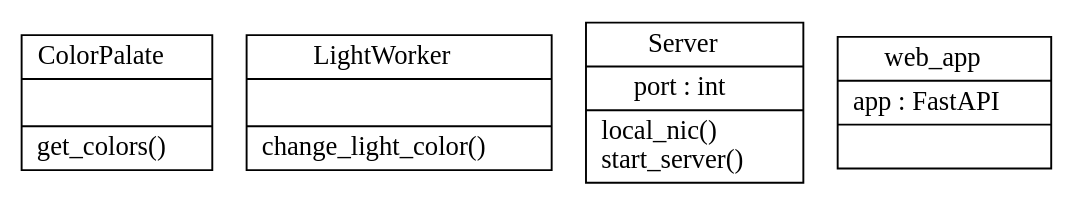
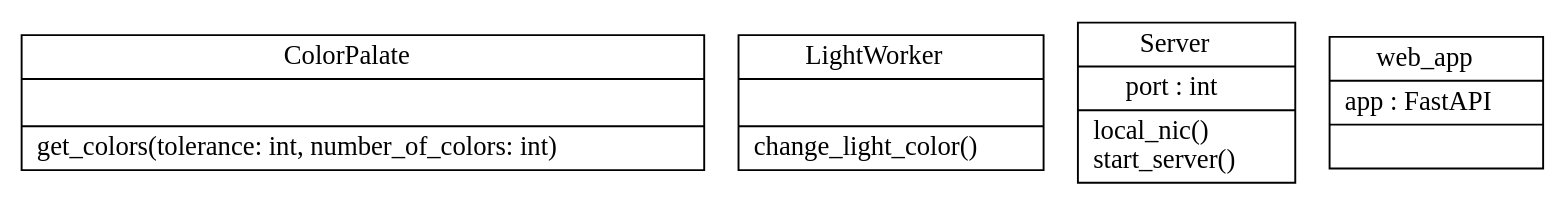
The diagram in docs/classes.dot (Jelloeater/porch_light), drawn with Graphviz before and after one commit. The commit also changed 6 other files, not shown here.

```diff
--- a/docs/classes.dot
+++ b/docs/classes.dot
@@ -1,8 +1,8 @@
 digraph "classes" {
 rankdir=BT
 charset="utf-8"
-"pl_worker.porch_light.ColorPalate" [color="black", fontcolor="black", label=<{ColorPalate|<br ALIGN="LEFT"/>|get_colors()<br ALIGN="LEFT"/>}>, shape="record", style="solid"];
+"pl_worker.porch_light.ColorPalate" [color="black", fontcolor="black", label=<{ColorPalate|<br ALIGN="LEFT"/>|get_colors(tolerance: int, number_of_colors: int)<br ALIGN="LEFT"/>}>, shape="record", style="solid"];
 "pl_worker.porch_light.LightWorker" [color="black", fontcolor="black", label=<{LightWorker|<br ALIGN="LEFT"/>|change_light_color()<br ALIGN="LEFT"/>}>, shape="record", style="solid"];
 "pl_worker.webserver.Server" [color="black", fontcolor="black", label=<{Server|port : int<br ALIGN="LEFT"/>|local_nic()<br ALIGN="LEFT"/>start_server()<br ALIGN="LEFT"/>}>, shape="record", style="solid"];
 "pl_worker.webserver.web_app" [color="black", fontcolor="black", label=<{web_app|app : FastAPI<br ALIGN="LEFT"/>|}>, shape="record", style="solid"];
 }
```
